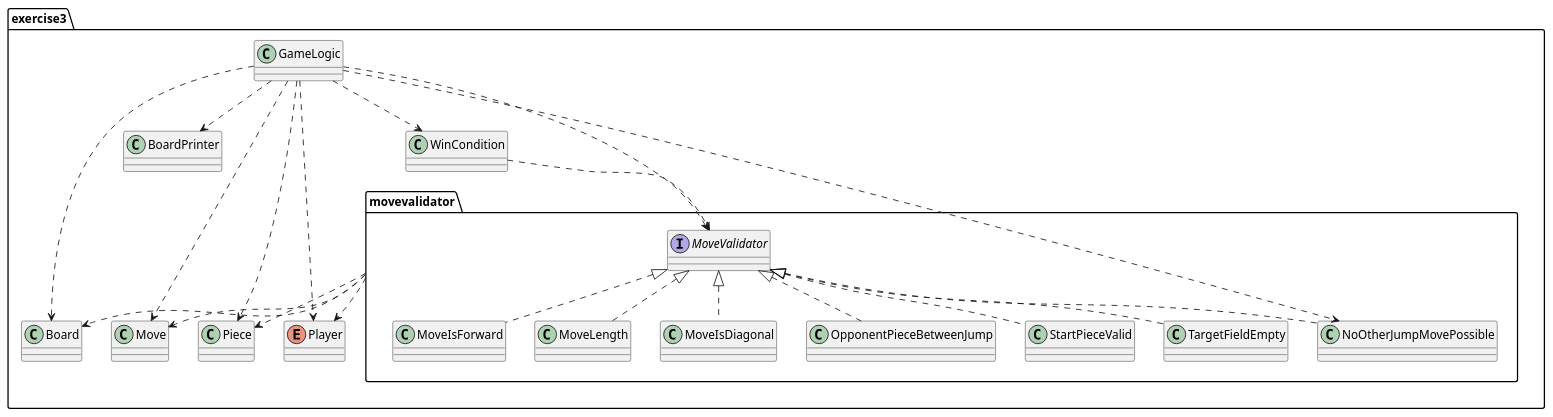
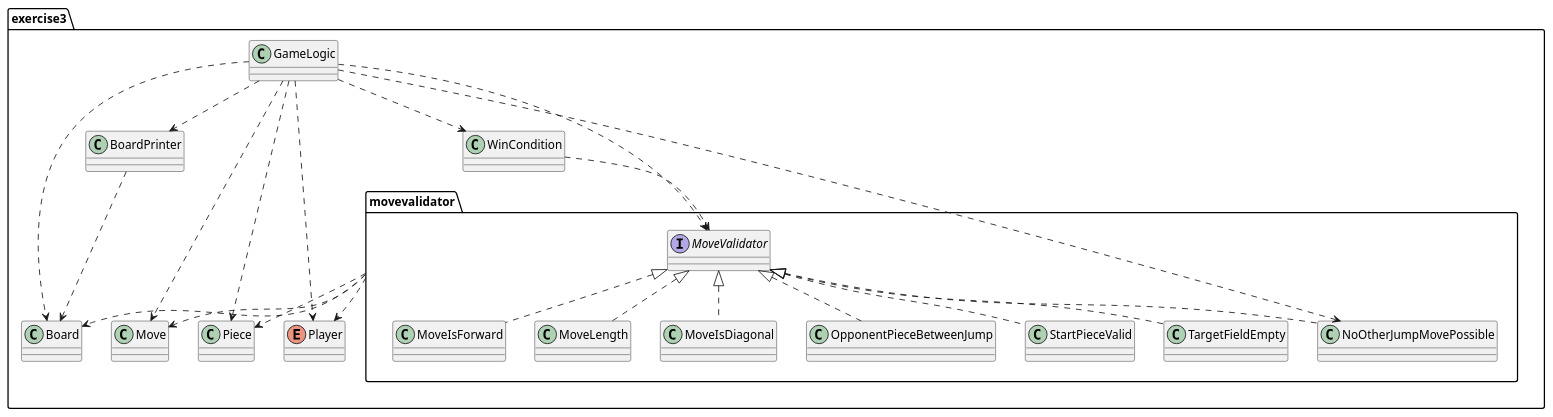
The diagram in assignment-1/exercise2/Class Diagramm Checkers.puml (soco21/soco21), drawn with PlantUML before and after one commit.

Commit message:
Class Diagramm Checkers.puml: add dependency BoardPrinter ..> Board

```diff
--- a/assignment-1/exercise2/Class Diagramm Checkers.puml
+++ b/assignment-1/exercise2/Class Diagramm Checkers.puml
@@ -1,42 +1,46 @@
 @startuml
 package exercise3{
 package movevalidator {
 class MoveIsDiagonal
 class MoveIsForward
 class MoveLength
 interface MoveValidator
 class NoOtherJumpMovePossible
 class OpponentPieceBetweenJump
 class StartPieceValid
 class TargetFieldEmpty
 }
 class Board
 class BoardPrinter
 class GameLogic
 class Move
 class Piece
 enum Player
 class WinCondition
 }
 movevalidator ..> Board
 movevalidator ..> Move
 movevalidator ..> Piece
 movevalidator ..> Player
+
 GameLogic ..> BoardPrinter
 GameLogic ..> Board
 GameLogic ..> WinCondition
 GameLogic ..> Move
 GameLogic ..> Piece
 GameLogic ..> Player
 GameLogic ..> MoveValidator
 GameLogic ..> NoOtherJumpMovePossible
+
+BoardPrinter ..> Board
+
 WinCondition ..> MoveValidator
 
 MoveValidator <|.. NoOtherJumpMovePossible
 MoveValidator <|.. MoveIsDiagonal
 MoveValidator <|.. MoveIsForward
 MoveValidator <|.. MoveLength
 MoveValidator <|.. OpponentPieceBetweenJump
 MoveValidator <|.. StartPieceValid
 MoveValidator <|.. TargetFieldEmpty
 @enduml
```
